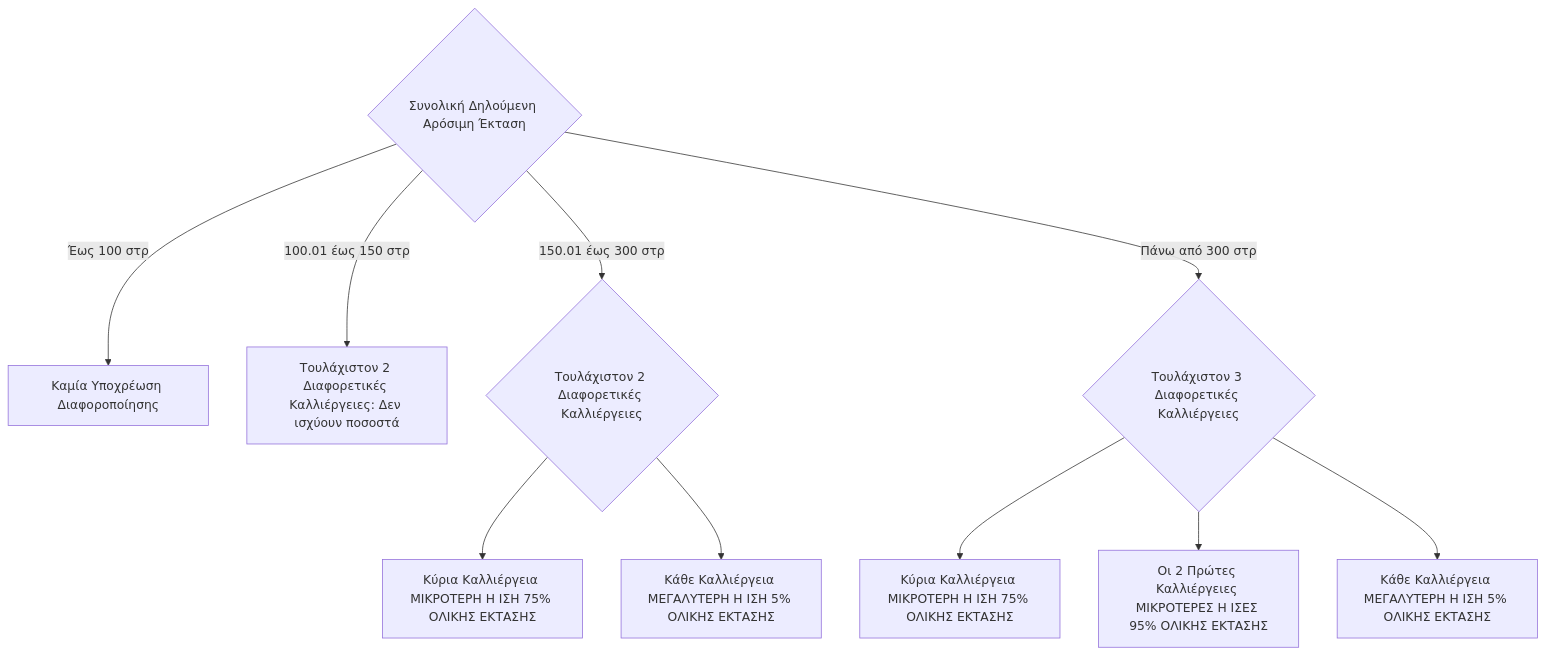
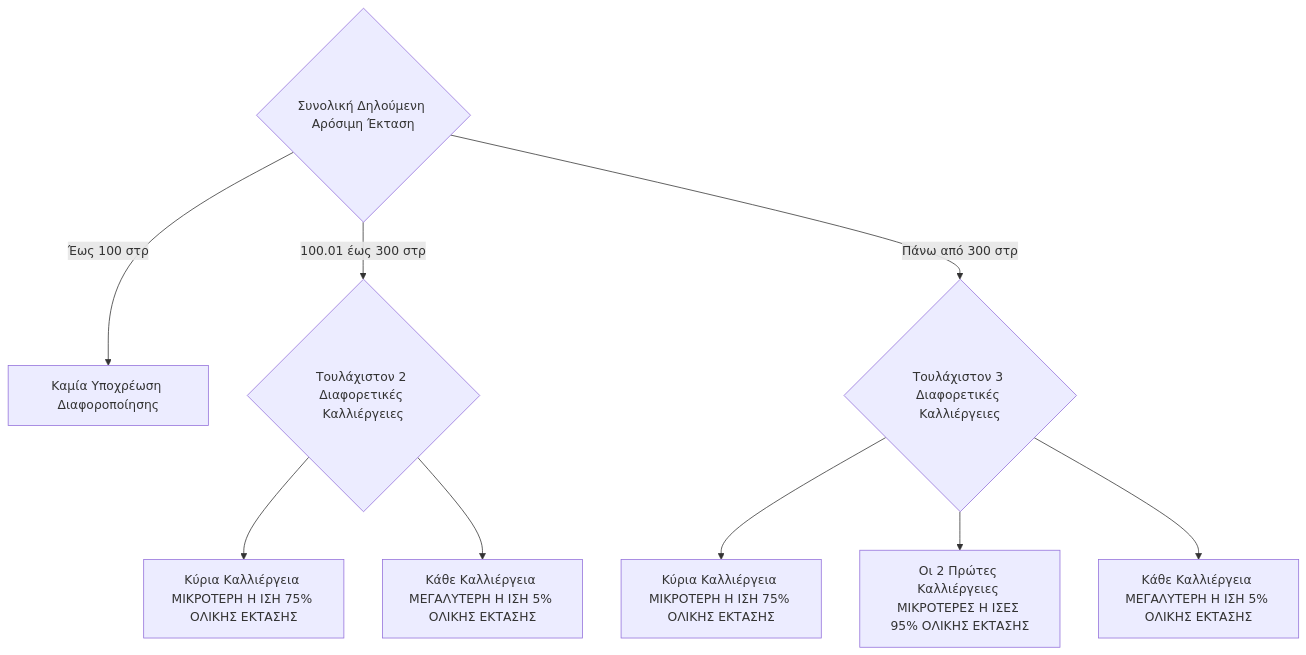
Before and after one commit to angelospk/enosi: the diagram in content/02 - Βασικοί Κανόνες και Οριζόντιες Καρτέλες Αίτησης/02.1 - Κανόνες Διαφοροποίησης Καλλιεργειών και Όρια Στρεμμάτων.md, drawn with Mermaid. The commit also changed other lines of this file and 18 other files, not shown here.

````diff
--- a/content/02 - Βασικοί Κανόνες και Οριζόντιες Καρτέλες Αίτησης/02.1 - Κανόνες Διαφοροποίησης Καλλιεργειών και Όρια Στρεμμάτων.md
+++ b/content/02 - Βασικοί Κανόνες και Οριζόντιες Καρτέλες Αίτησης/02.1 - Κανόνες Διαφοροποίησης Καλλιεργειών και Όρια Στρεμμάτων.md
@@ -40,13 +36,12 @@
 ```mermaid
 graph TD
     A{Συνολική Δηλούμενη Αρόσιμη Έκταση};
     A -- Έως 100 στρ --> B[Καμία Υποχρέωση Διαφοροποίησης];
-    A -- 100.01 έως 150 στρ --> C[Τουλάχιστον 2 Διαφορετικές Καλλιέργειες: Δεν ισχύουν ποσοστά];
-    A -- 150.01 έως 300 στρ --> D{Τουλάχιστον 2 Διαφορετικές Καλλιέργειες};
+    A -- 100.01 έως 300 στρ --> D{Τουλάχιστον 2 Διαφορετικές Καλλιέργειες};
     D --> D1[Κύρια Καλλιέργεια ΜΙΚΡΟΤΕΡΗ Η ΙΣΗ 75% ΟΛΙΚΗΣ ΕΚΤΑΣΗΣ];
     D --> D2[Κάθε Καλλιέργεια ΜΕΓΑΛΥΤΕΡΗ Η ΙΣΗ 5% ΟΛΙΚΗΣ ΕΚΤΑΣΗΣ];
     A -- Πάνω από 300 στρ --> E{Τουλάχιστον 3 Διαφορετικές Καλλιέργειες};
     E --> E1[Κύρια Καλλιέργεια ΜΙΚΡΟΤΕΡΗ Η ΙΣΗ 75% ΟΛΙΚΗΣ ΕΚΤΑΣΗΣ];
     E --> E2[Οι 2 Πρώτες Καλλιέργειες ΜΙΚΡΟΤΕΡΕΣ Η ΙΣΕΣ 95% ΟΛΙΚΗΣ ΕΚΤΑΣΗΣ];
     E --> E3[Κάθε Καλλιέργεια ΜΕΓΑΛΥΤΕΡΗ Η ΙΣΗ 5% ΟΛΙΚΗΣ ΕΚΤΑΣΗΣ];
 ```
````
